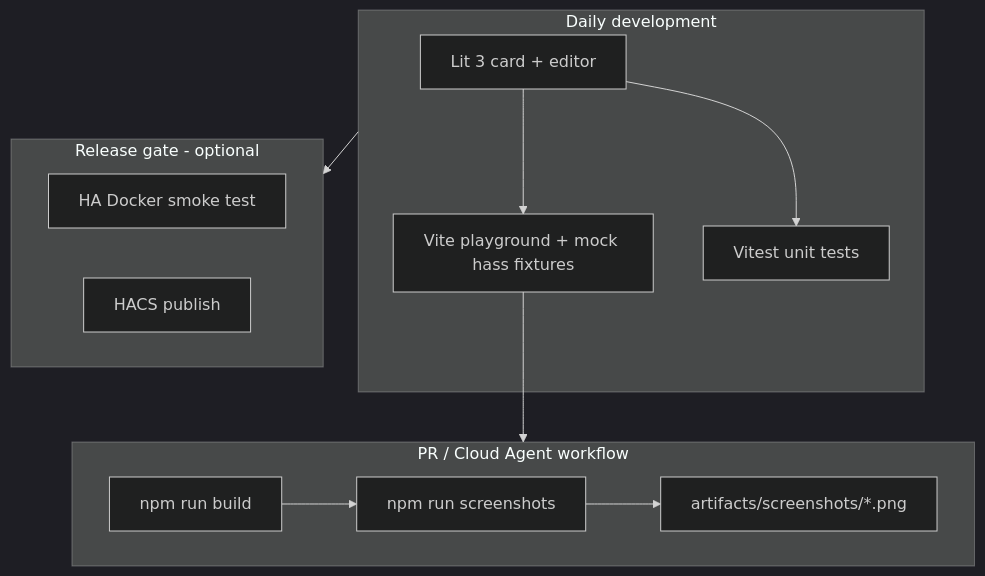
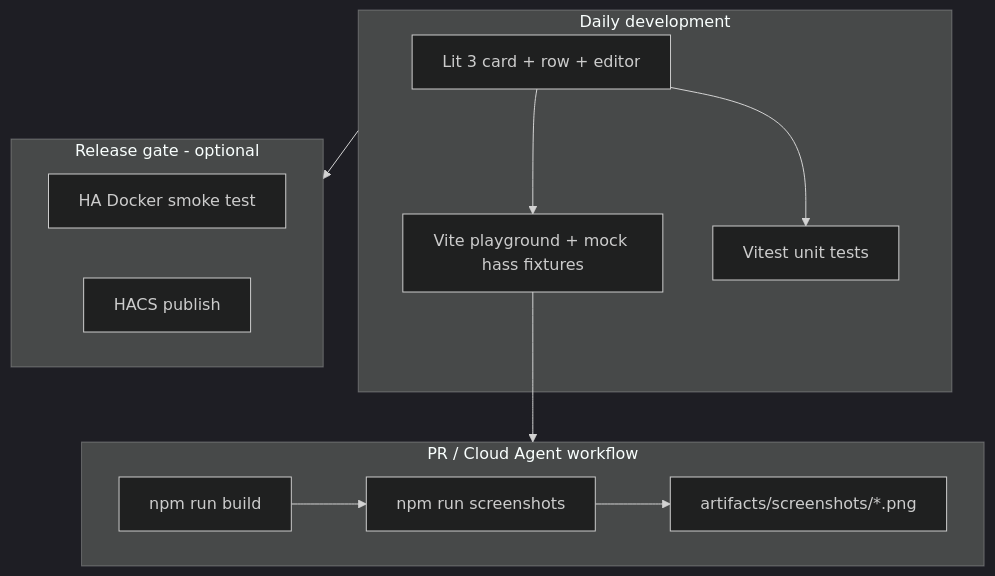
The second of 2 diagrams in PLAN.md (xjmwest1/hacs-toggle-card), drawn with Mermaid (dark theme) before and after one commit. The commit also changed other lines of this file and 25 other files, not shown here.

First line of the commit message:
Phase 1: Card scaffold with toggle-row-card (#1)

````diff
--- a/PLAN.md
+++ b/PLAN.md
@@ -28,25 +64,25 @@
 ```mermaid
 flowchart TB
   subgraph dev [Daily development]
-    lit[Lit 3 card + editor]
+    lit[Lit 3 card + row + editor]
     playground[Vite playground + mock hass fixtures]
     vitest[Vitest unit tests]
     lit --> playground
     lit --> vitest
   end
 
   subgraph pr [PR / Cloud Agent workflow]
     build[npm run build]
     shots[npm run screenshots]
     artifacts[artifacts/screenshots/*.png]
     build --> shots --> artifacts
   end
 
   subgraph release [Release gate - optional]
     ha[HA Docker smoke test]
     hacs[HACS publish]
   end
 
   playground --> pr
   dev --> release
 ```
````
